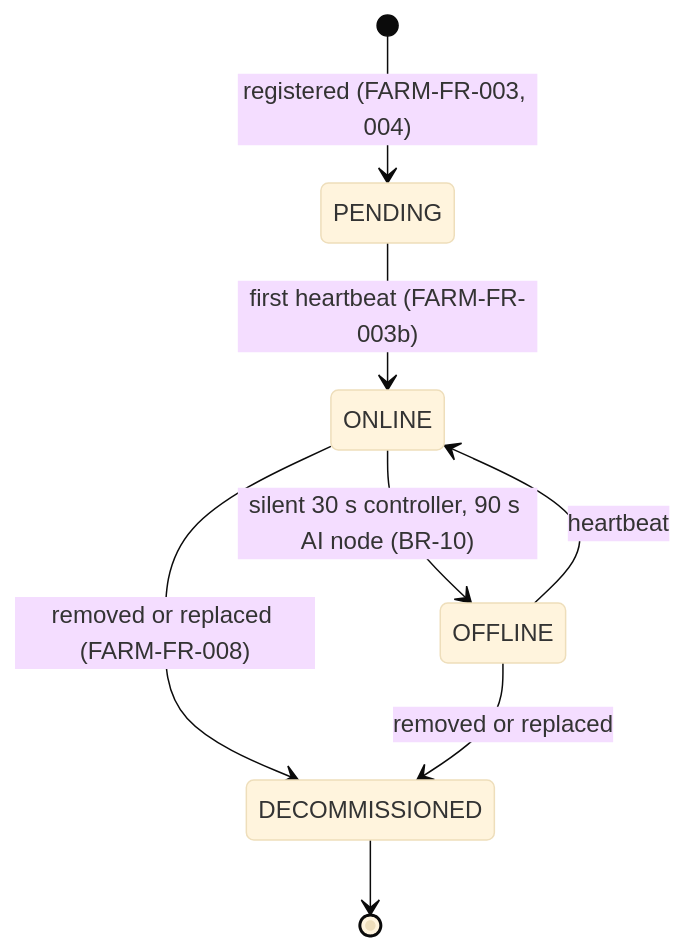
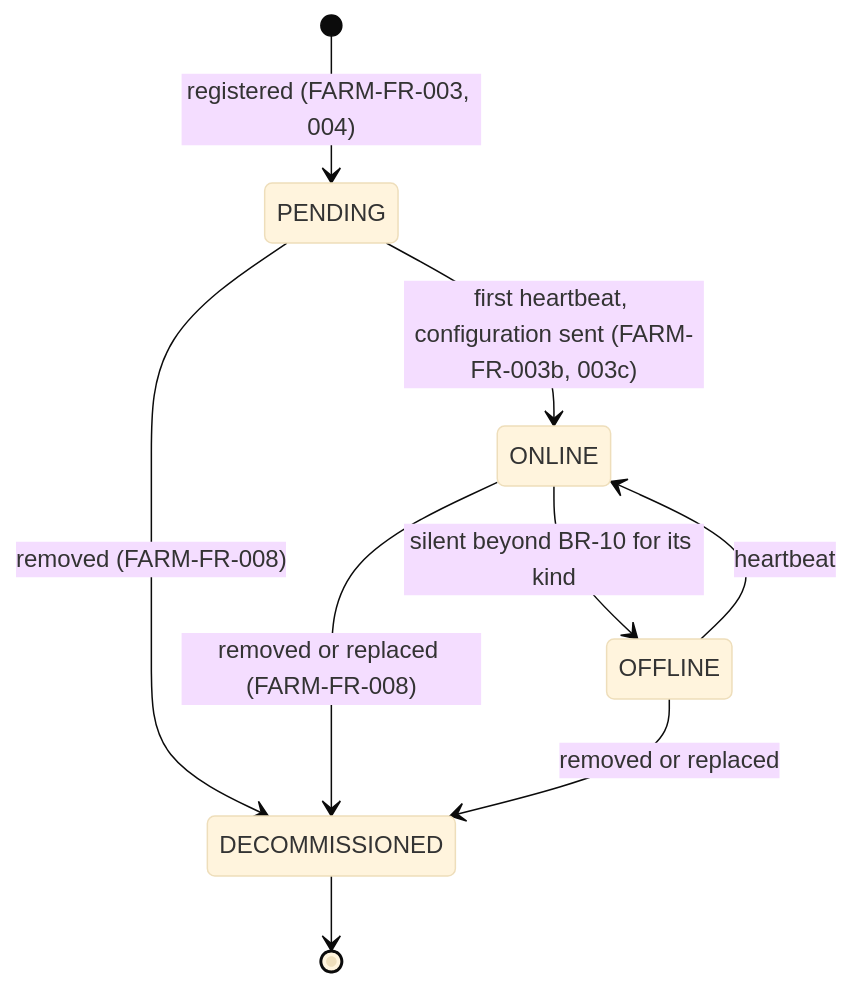
One commit to NBao261/SwiftletCare_KLTN changed the eighth of 35 diagrams in docs/reports/report4-sdd.md. Above: the diagram before and after it, drawn with Mermaid (base theme). The commit also changed other lines of this file and 21 other files, not shown here.

````diff
--- a/docs/reports/report4-sdd.md
+++ b/docs/reports/report4-sdd.md
@@ -716,10 +831,11 @@
 ```mermaid
 stateDiagram-v2
   [*] --> PENDING : registered (FARM-FR-003, 004)
-  PENDING --> ONLINE : first heartbeat (FARM-FR-003b)
-  ONLINE --> OFFLINE : silent 30 s controller, 90 s AI node (BR-10)
+  PENDING --> ONLINE : first heartbeat, configuration sent (FARM-FR-003b, 003c)
+  ONLINE --> OFFLINE : silent beyond BR-10 for its kind
   OFFLINE --> ONLINE : heartbeat
+  PENDING --> DECOMMISSIONED : removed (FARM-FR-008)
   ONLINE --> DECOMMISSIONED : removed or replaced (FARM-FR-008)
   OFFLINE --> DECOMMISSIONED : removed or replaced
   DECOMMISSIONED --> [*]
 ```
````
